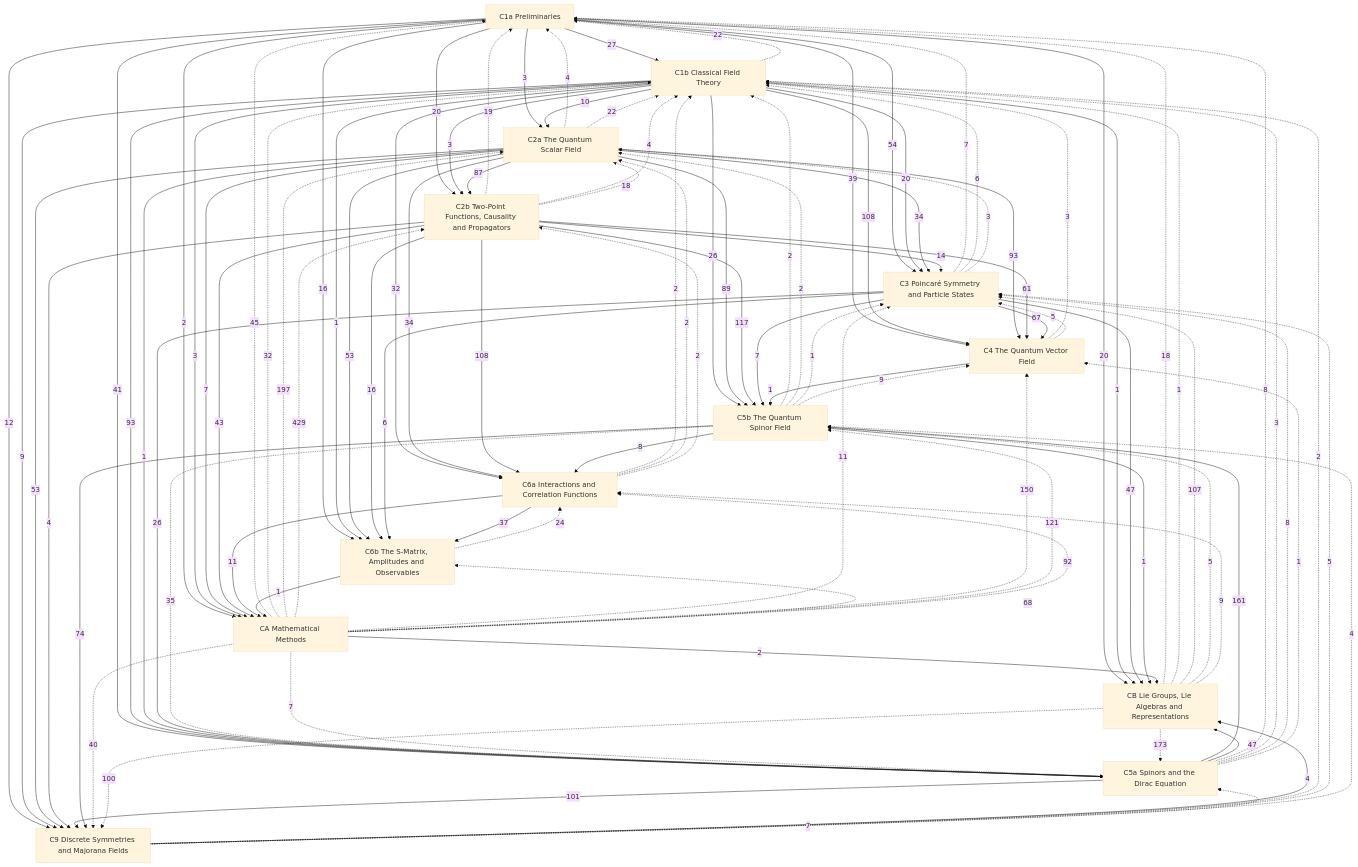
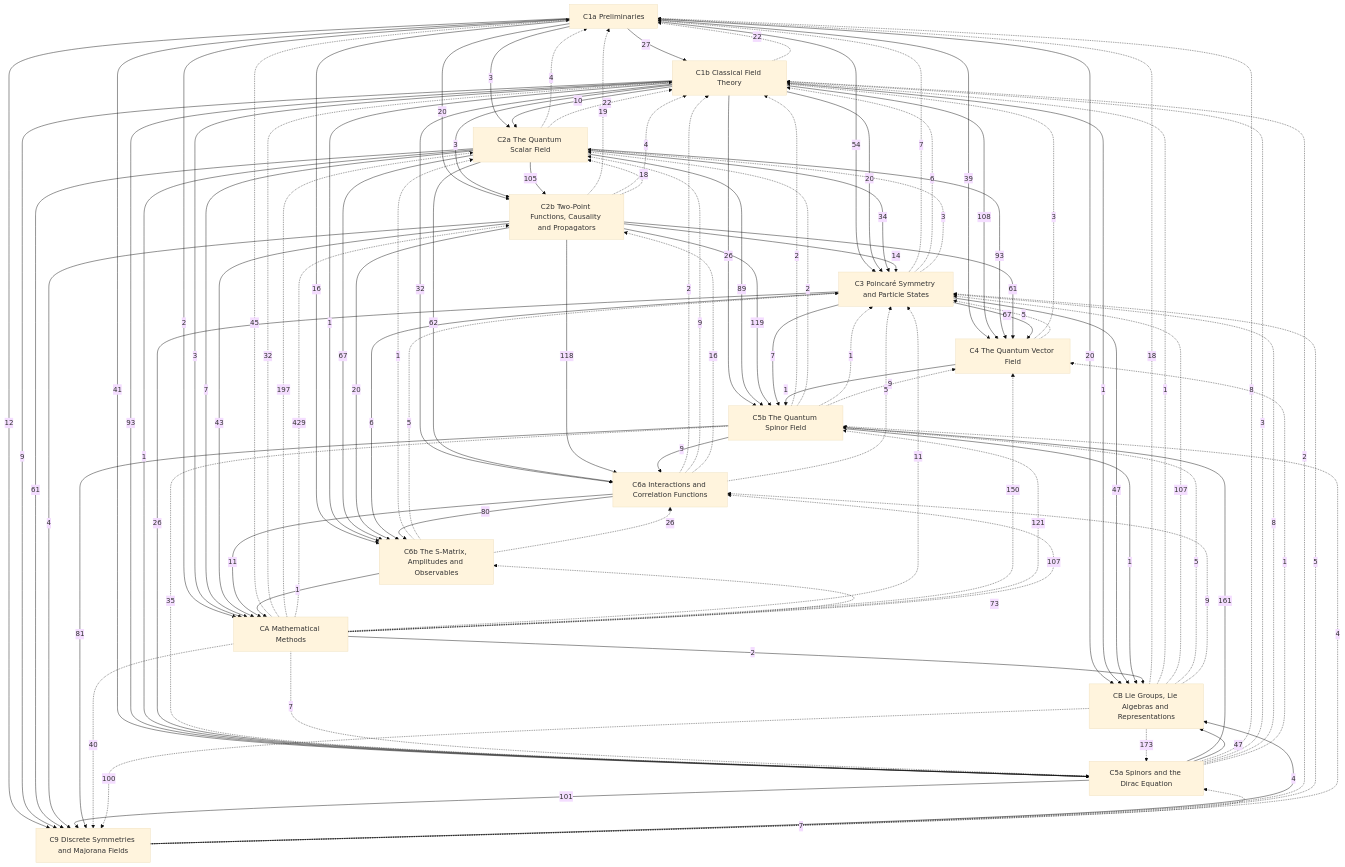
Before and after one commit to Onion20040508/notes: the diagram in Physics/Quantum Field Theory/Quantum Field Theory.md, drawn with Mermaid (base theme). The commit also changed other lines of this file and 93 other files, not shown here.

````diff
--- a/Physics/Quantum Field Theory/Quantum Field Theory.md
+++ b/Physics/Quantum Field Theory/Quantum Field Theory.md
@@ -49,7 +49,7 @@
   C1b -->|10| C2a
   C1a -->|20| C2b
   C1b -->|3| C2b
-  C2a -->|87| C2b
+  C2a -->|105| C2b
   C1a -->|54| C3
   C1b -->|20| C3
   C2a -->|34| C3
@@ -65,26 +65,26 @@
   C3 -->|26| C5a
   C1b -->|26| C5b
   C2a -->|89| C5b
-  C2b -->|117| C5b
+  C2b -->|119| C5b
   C3 -->|7| C5b
   C4 -->|1| C5b
   C5a -->|161| C5b
   C1b -->|32| C6a
-  C2a -->|34| C6a
-  C2b -->|108| C6a
-  C5b -->|8| C6a
+  C2a -->|62| C6a
+  C2b -->|118| C6a
+  C5b -->|9| C6a
   C1a -->|16| C6b
   C1b -->|1| C6b
-  C2a -->|53| C6b
-  C2b -->|16| C6b
+  C2a -->|67| C6b
+  C2b -->|20| C6b
   C3 -->|6| C6b
-  C6a -->|37| C6b
+  C6a -->|80| C6b
   C1a -->|12| C9
   C1b -->|9| C9
-  C2a -->|53| C9
+  C2a -->|61| C9
   C2b -->|4| C9
   C5a -->|101| C9
-  C5b -->|74| C9
+  C5b -->|81| C9
   C1a -->|2| CA
   C1b -->|3| CA
   C2a -->|7| CA
@@ -118,13 +118,16 @@
   C2b -.->|18| C2a
   C3 -.->|3| C2a
   C5b -.->|2| C2a
-  C6a -.->|2| C2a
+  C6a -.->|9| C2a
+  C6b -.->|1| C2a
   CA -.->|197| C2a
-  C6a -.->|2| C2b
+  C6a -.->|16| C2b
   CA -.->|429| C2b
   C4 -.->|5| C3
   C5a -.->|8| C3
   C5b -.->|1| C3
+  C6a -.->|5| C3
+  C6b -.->|5| C3
   C9 -.->|5| C3
   CA -.->|11| C3
   CB -.->|107| C3
@@ -138,10 +141,10 @@
   C9 -.->|4| C5b
   CA -.->|121| C5b
   CB -.->|5| C5b
-  C6b -.->|24| C6a
-  CA -.->|92| C6a
+  C6b -.->|26| C6a
+  CA -.->|107| C6a
   CB -.->|9| C6a
-  CA -.->|68| C6b
+  CA -.->|73| C6b
   CA -.->|40| C9
   CB -.->|100| C9
 ```
````
